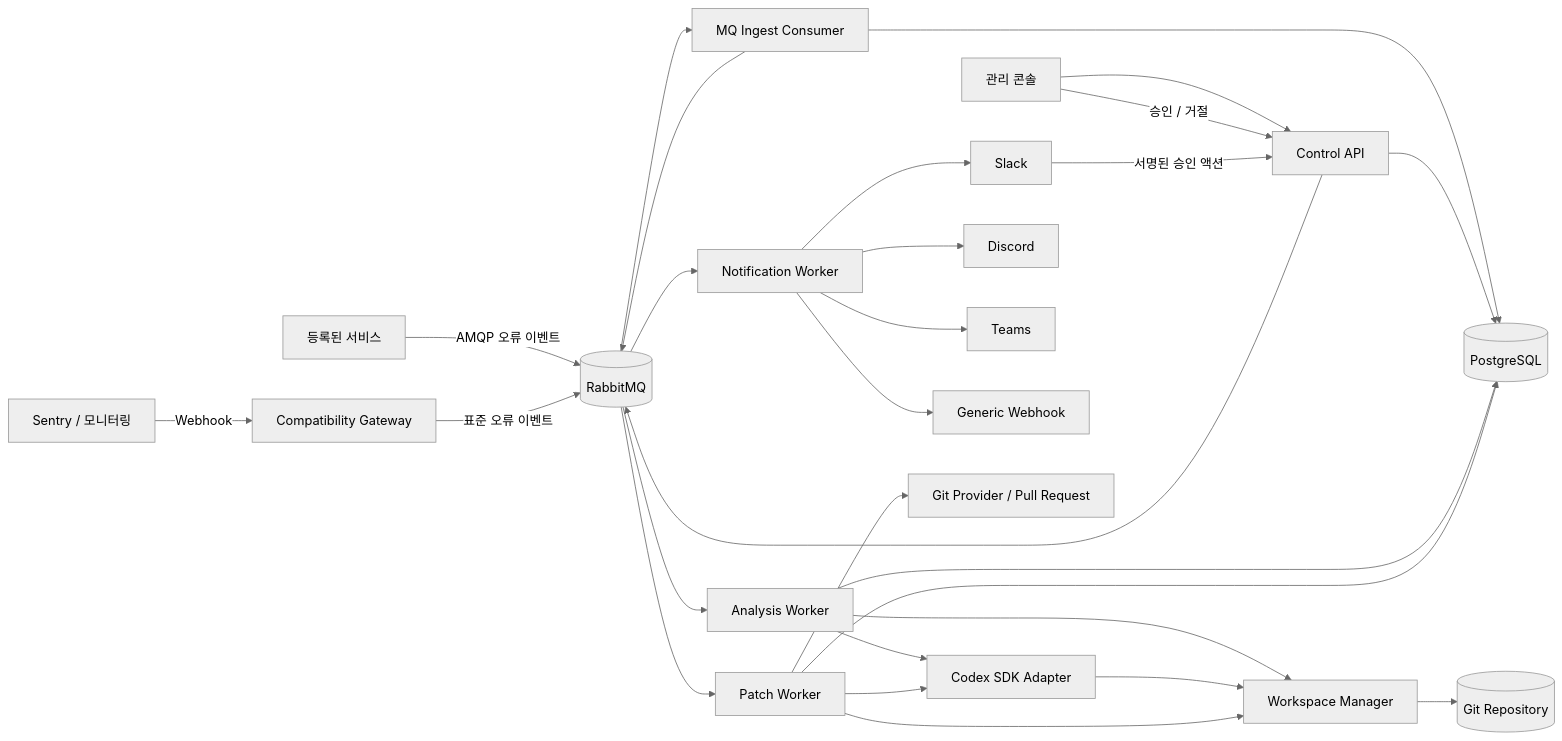
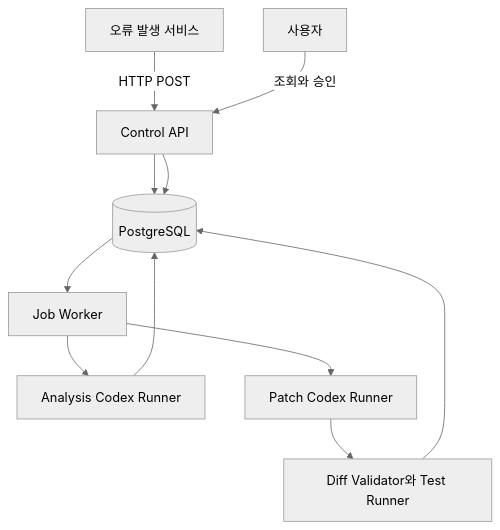
The first of 3 diagrams in docs/service-architecture.md (glistering96/auto-error-handler), drawn with Mermaid (neutral theme) before and after one commit. The commit also changed other lines of this file and 5 other files, not shown here.

Commit message:
docs: simplify to functional HTTP Codex MVP

````diff
--- a/docs/service-architecture.md
+++ b/docs/service-architecture.md
@@ -58,34 +46,13 @@
 ```mermaid
-flowchart LR
-    S[등록된 서비스] -->|AMQP 오류 이벤트| MQ[(RabbitMQ)]
-    O[Sentry / 모니터링] -->|Webhook| GW[Compatibility Gateway]
-    GW -->|표준 오류 이벤트| MQ
-    UI[관리 콘솔] --> API
-
-    MQ --> IW[MQ Ingest Consumer]
-    IW --> DB[(PostgreSQL)]
-    IW --> MQ
-    API[Control API] --> DB
-    API --> MQ
-
-    MQ --> AW[Analysis Worker]
-    AW --> WM[Workspace Manager]
-    WM --> REPO[(Git Repository)]
-    AW --> CX[Codex SDK Adapter]
-    CX --> WM
-    AW --> DB
-
-    MQ --> NW[Notification Worker]
-    NW --> SL[Slack]
-    NW --> DC[Discord]
-    NW --> TM[Teams]
-    NW --> WH[Generic Webhook]
-
-    UI -->|승인 / 거절| API
-    SL -->|서명된 승인 액션| API
-    MQ --> PW[Patch Worker]
-    PW --> WM
-    PW --> CX
-    PW --> GH[Git Provider / Pull Request]
-    PW --> DB
+flowchart TD
+    S[오류 발생 서비스] -->|HTTP POST| API[Control API]
+    API --> DB[(PostgreSQL)]
+    DB --> W[Job Worker]
+    W --> AJ[Analysis Codex Runner]
+    AJ --> DB
+    U[사용자] -->|조회와 승인| API
+    API --> DB
+    W --> PJ[Patch Codex Runner]
+    PJ --> V[Diff Validator와 Test Runner]
+    V --> DB
 ```
````
